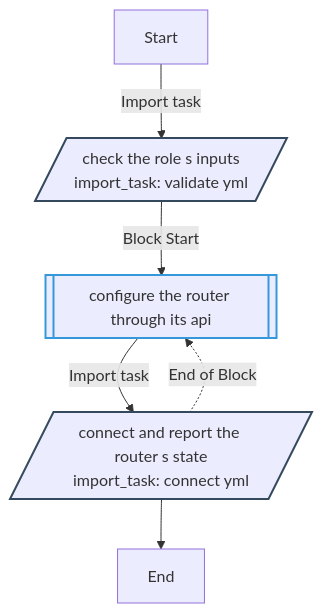
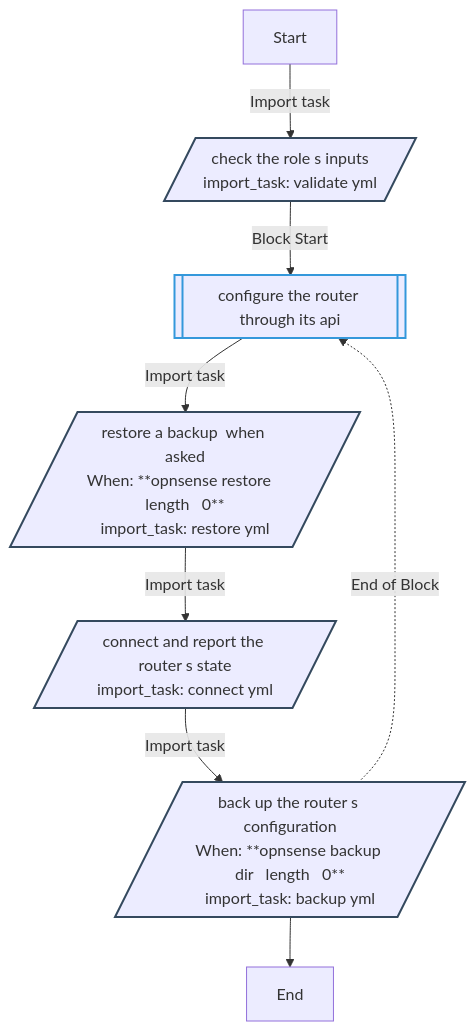
One commit to kawadeomkar/homeserver changed the third of 5 diagrams in roles/opnsense/REFERENCE.md. Above: the diagram before and after it, drawn with Mermaid. The commit also changed other lines of this file and 33 other files, not shown here.

````diff
--- a/roles/opnsense/REFERENCE.md
+++ b/roles/opnsense/REFERENCE.md
@@ -192,18 +368,20 @@
 ```mermaid
 flowchart TD
 Start
 classDef block stroke:#3498db,stroke-width:2px;
 classDef task stroke:#4b76bb,stroke-width:2px;
 classDef includeTasks stroke:#16a085,stroke-width:2px;
 classDef importTasks stroke:#34495e,stroke-width:2px;
 classDef includeRole stroke:#2980b9,stroke-width:2px;
 classDef importRole stroke:#699ba7,stroke-width:2px;
 classDef includeVars stroke:#8e44ad,stroke-width:2px;
 classDef rescue stroke:#665352,stroke-width:2px;
 
   Start-->|Import task| Check_the_role_s_inputs_validate_yml_0[/check the role s inputs<br>import_task: validate yml/]:::importTasks
   Check_the_role_s_inputs_validate_yml_0-->|Block Start| Configure_the_router_through_its_API1_block_start_0[[configure the router through its api]]:::block
-  Configure_the_router_through_its_API1_block_start_0-->|Import task| Connect_and_report_the_router_s_state_connect_yml_0[/connect and report the router s state<br>import_task: connect yml/]:::importTasks
-  Connect_and_report_the_router_s_state_connect_yml_0-.->|End of Block| Configure_the_router_through_its_API1_block_start_0
-  Connect_and_report_the_router_s_state_connect_yml_0-->End
+  Configure_the_router_through_its_API1_block_start_0-->|Import task| Restore_a_backup__when_asked_restore_yml_0[/restore a backup  when asked<br>When: **opnsense restore   length   0**<br>import_task: restore yml/]:::importTasks
+  Restore_a_backup__when_asked_restore_yml_0-->|Import task| Connect_and_report_the_router_s_state_connect_yml_1[/connect and report the router s state<br>import_task: connect yml/]:::importTasks
+  Connect_and_report_the_router_s_state_connect_yml_1-->|Import task| Back_up_the_router_s_configuration_backup_yml_2[/back up the router s configuration<br>When: **opnsense backup dir   length   0**<br>import_task: backup yml/]:::importTasks
+  Back_up_the_router_s_configuration_backup_yml_2-.->|End of Block| Configure_the_router_through_its_API1_block_start_0
+  Back_up_the_router_s_configuration_backup_yml_2-->End
 ```
````
